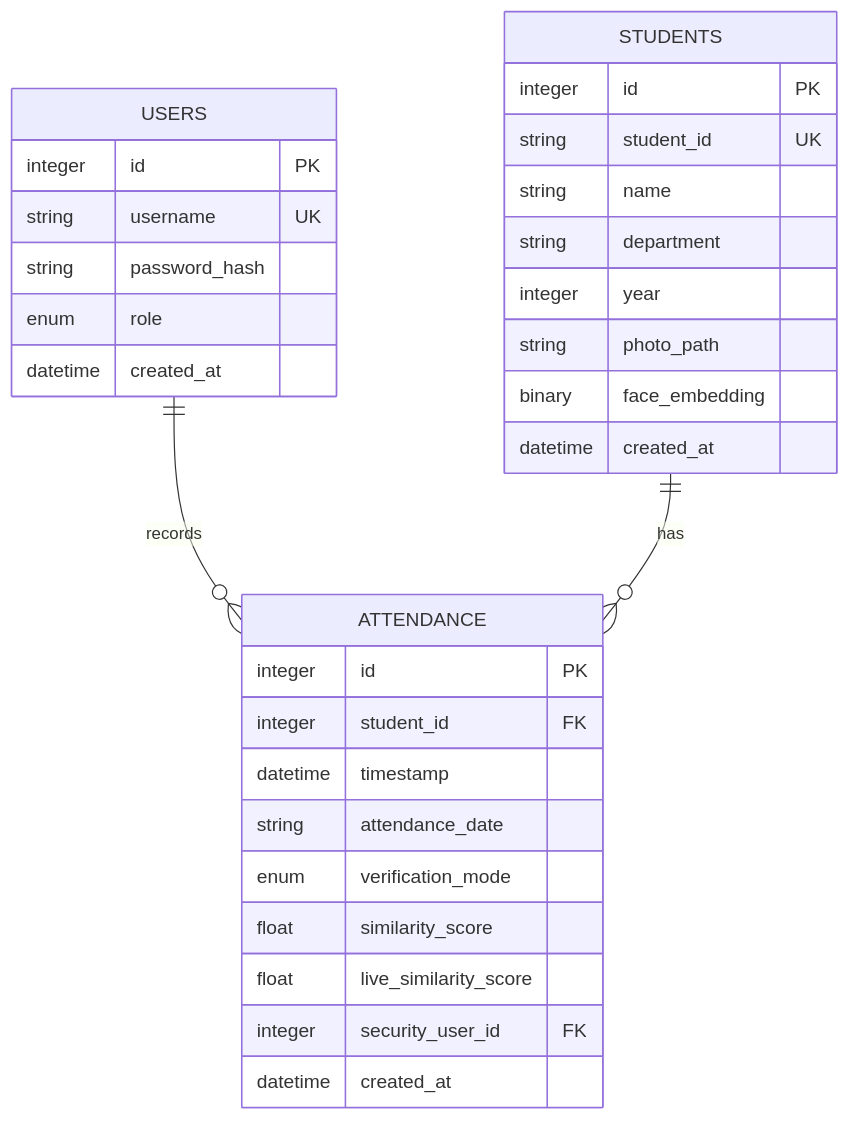
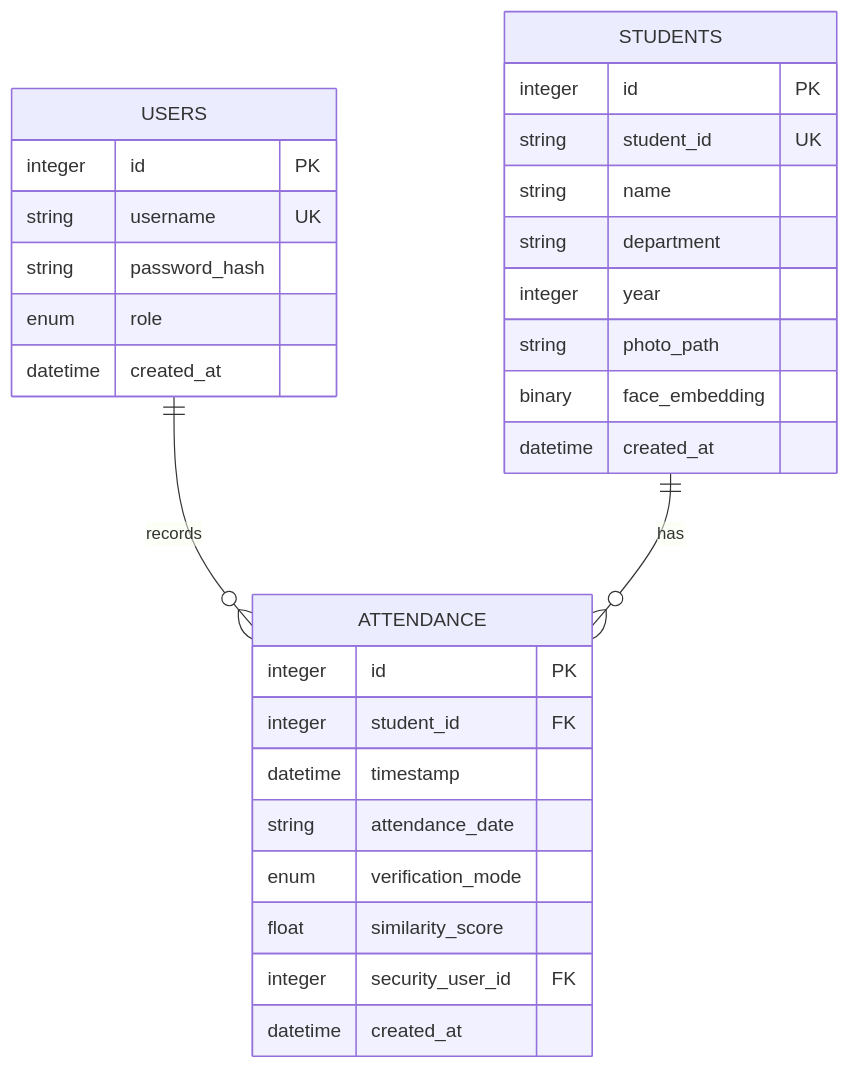
Before and after one commit to tomgumR/smart-id-attendance-system: the second of 4 diagrams in docs/PROJECT_DOCUMENTATION.md, drawn with Mermaid. The commit also changed other lines of this file and 12 other files, not shown here.

````diff
--- a/docs/PROJECT_DOCUMENTATION.md
+++ b/docs/PROJECT_DOCUMENTATION.md
@@ -278,36 +272,35 @@
 ```mermaid
 erDiagram
     USERS ||--o{ ATTENDANCE : records
     STUDENTS ||--o{ ATTENDANCE : has
 
     USERS {
         integer id PK
         string username UK
         string password_hash
         enum role
         datetime created_at
     }
 
     STUDENTS {
         integer id PK
         string student_id UK
         string name
         string department
         integer year
         string photo_path
         binary face_embedding
         datetime created_at
     }
 
     ATTENDANCE {
         integer id PK
         integer student_id FK
         datetime timestamp
         string attendance_date
         enum verification_mode
         float similarity_score
-        float live_similarity_score
         integer security_user_id FK
         datetime created_at
     }
 ```
````
